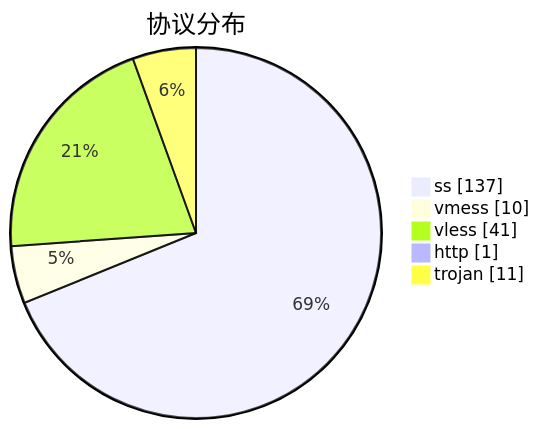
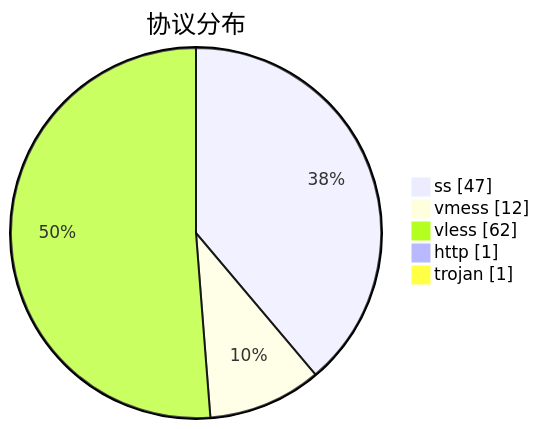
The third of 3 diagrams in subs/statistics/tested_within.md (qjlxg/airport), drawn with Mermaid before and after one commit. The commit also changed other lines of this file and 2 other files, not shown here.

````diff
--- a/subs/statistics/tested_within.md
+++ b/subs/statistics/tested_within.md
@@ -27,9 +25,9 @@
 ```mermaid
 pie showData
 title 协议分布
-"ss" : 137
-"vmess" : 10
-"vless" : 41
+"ss" : 47
+"vmess" : 12
+"vless" : 62
 "http" : 1
-"trojan" : 11
+"trojan" : 1
 ```
````
